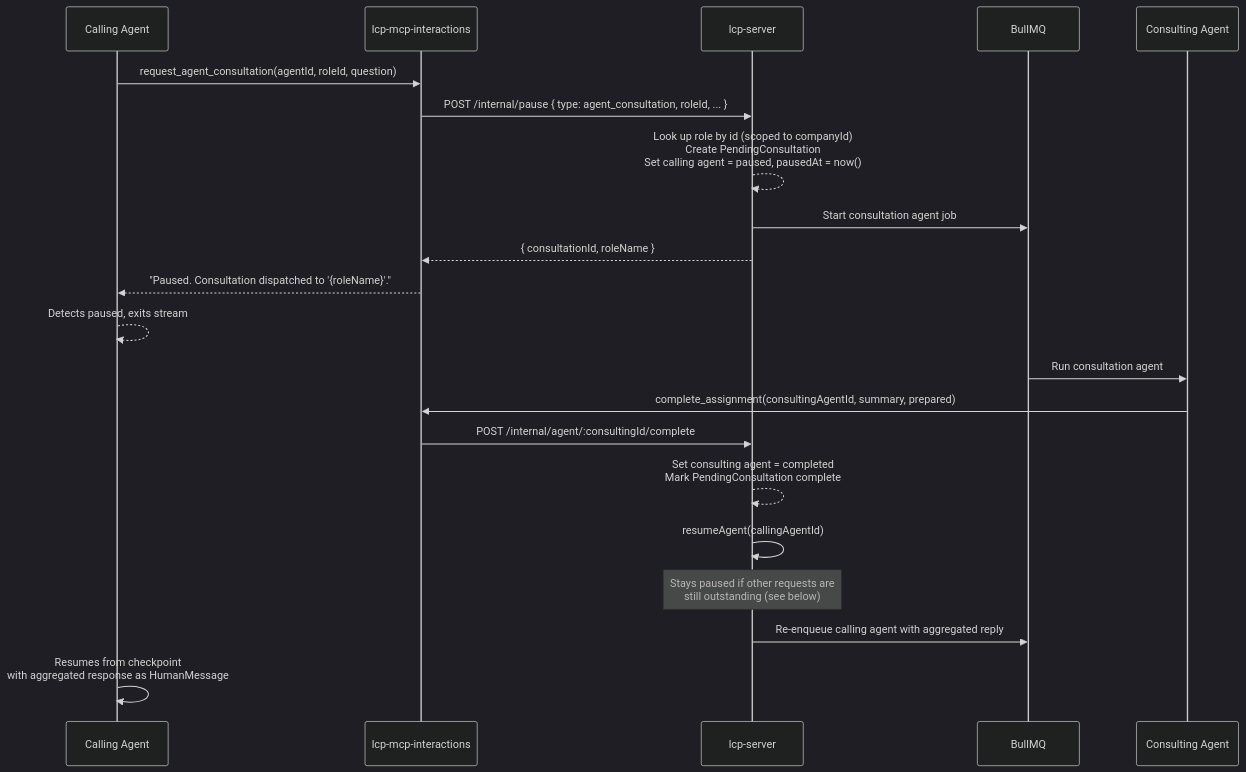
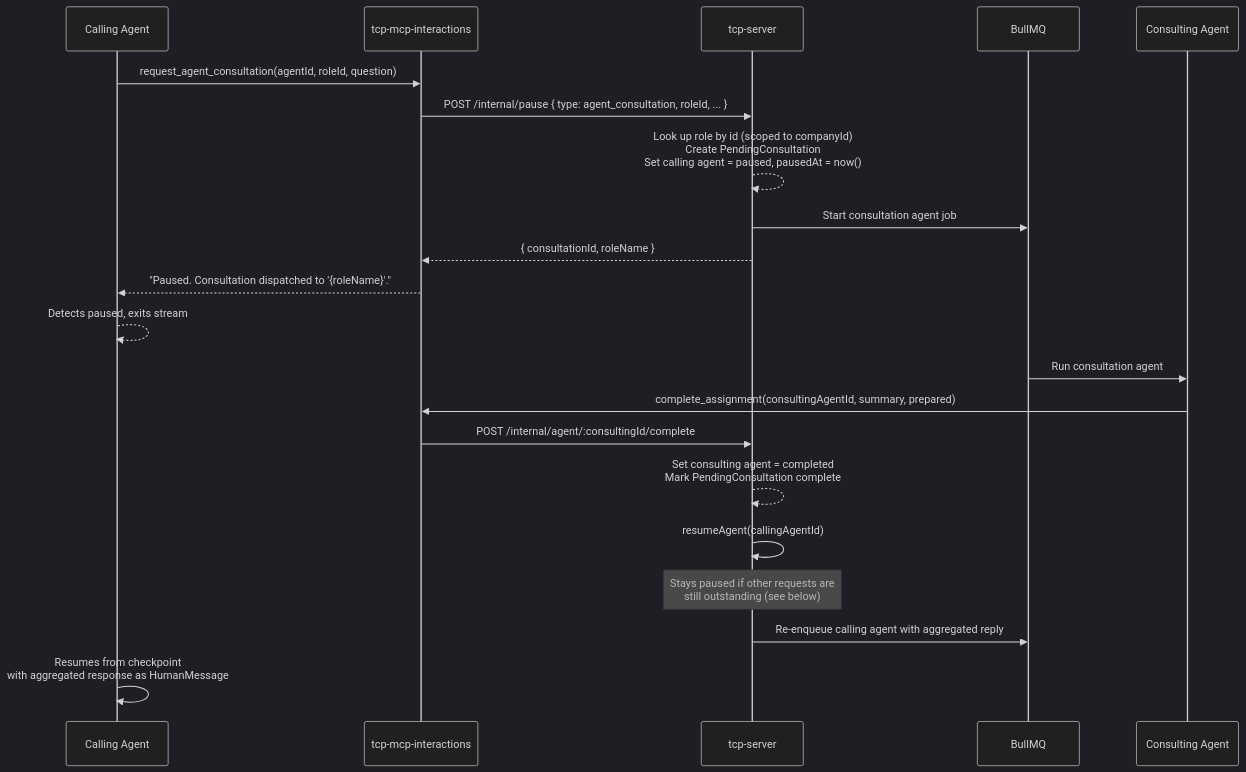
One commit to instantiator/tcp-server changed the diagram in docs/cross-agent-consultations.md. Above: the diagram before and after it, drawn with Mermaid (dark theme). The commit also changed other lines of this file and 1129 other files, not shown here.

````diff
--- a/docs/cross-agent-consultations.md
+++ b/docs/cross-agent-consultations.md
@@ -67,26 +67,26 @@
 ```mermaid
 sequenceDiagram
     participant CA as Calling Agent
-    participant I as lcp-mcp-interactions
-    participant S as lcp-server
+    participant I as tcp-mcp-interactions
+    participant S as tcp-server
     participant Q as BullMQ
     participant CON as Consulting Agent
 
     CA->>I: request_agent_consultation(agentId, roleId, question)
     I->>S: POST /internal/pause { type: agent_consultation, roleId, ... }
     S-->>S: Look up role by id (scoped to companyId)<br/>Create PendingConsultation<br/>Set calling agent = paused, pausedAt = now()
     S->>Q: Start consultation agent job
     S-->>I: { consultationId, roleName }
     I-->>CA: "Paused. Consultation dispatched to '{roleName}'."
     CA-->>CA: Detects paused, exits stream
 
     Q->>CON: Run consultation agent
     CON->>I: complete_assignment(consultingAgentId, summary, prepared)
     I->>S: POST /internal/agent/:consultingId/complete
     S-->>S: Set consulting agent = completed<br/>Mark PendingConsultation complete
     S->>S: resumeAgent(callingAgentId)
     Note over S: Stays paused if other requests are<br/>still outstanding (see below)
     S->>Q: Re-enqueue calling agent with aggregated reply
 
     CA->>CA: Resumes from checkpoint<br/>with aggregated response as HumanMessage
 ```
````
